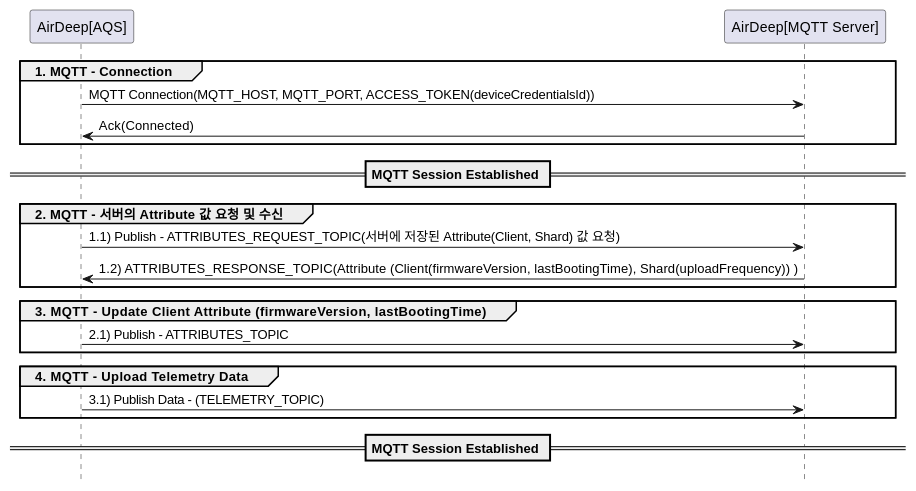
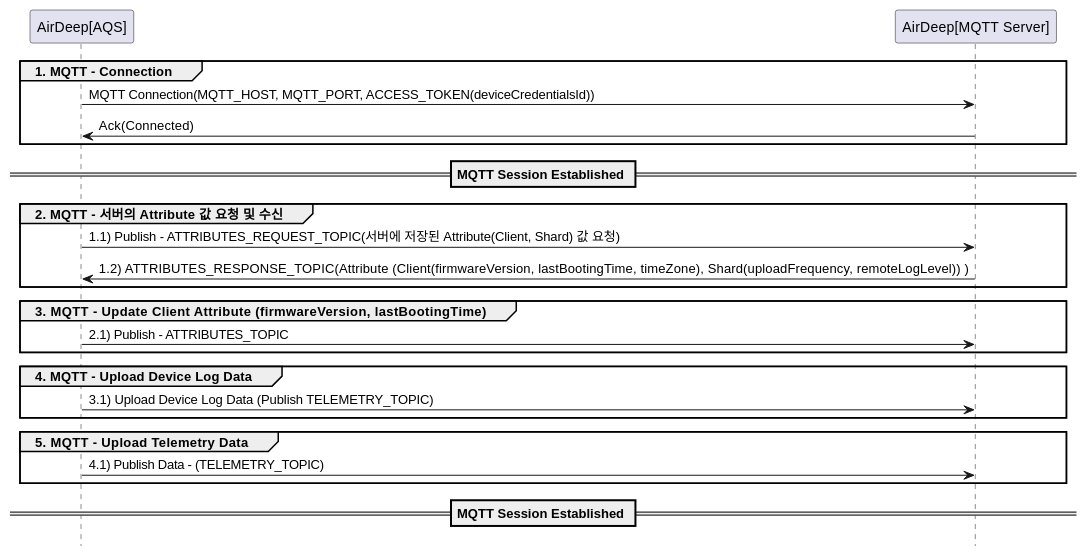
Before and after one commit to RTdataLab/DE-ADeep-API-Guide: the first of 3 diagrams in docs/MQTT-API-1.AttributeChangeCommand.md, drawn with PlantUML. The commit also changed other lines of this file and 7 other files, not shown here.

Commit message:
[update v0.3.5]  - 응답 TOPIC 통일화 TELEMETRY_TOPIC  - 응답 Json Key 변경  - Shard Attribute - remoteLogLevel 추가  - UploadTelemetryLogData.md 추가

````diff
--- a/docs/MQTT-API-1.AttributeChangeCommand.md
+++ b/docs/MQTT-API-1.AttributeChangeCommand.md
@@ -58,28 +59,32 @@
    ```plantuml
    @startuml
      participant "AirDeep[AQS]" order 1
      participant "AirDeep[MQTT Server]" order 2
      hide footbox
 
      group 1. MQTT - Connection
       "AirDeep[AQS]" -> "AirDeep[MQTT Server]" : MQTT Connection(MQTT_HOST, MQTT_PORT, ACCESS_TOKEN(deviceCredentialsId))
       "AirDeep[AQS]" <- "AirDeep[MQTT Server]"  : Ack(Connected)
      end
 
      == MQTT Session Established ==
      group 2. MQTT - 서버의 Attribute 값 요청 및 수신
      "AirDeep[AQS]" -> "AirDeep[MQTT Server]" : 1.1) Publish - ATTRIBUTES_REQUEST_TOPIC(서버에 저장된 Attribute(Client, Shard) 값 요청)
-     "AirDeep[AQS]" <- "AirDeep[MQTT Server]" : 1.2) ATTRIBUTES_RESPONSE_TOPIC(Attribute (Client(firmwareVersion, lastBootingTime), Shard(uploadFrequency)) )
+     "AirDeep[AQS]" <- "AirDeep[MQTT Server]" : 1.2) ATTRIBUTES_RESPONSE_TOPIC(Attribute (Client(firmwareVersion, lastBootingTime, timeZone), Shard(uploadFrequency, remoteLogLevel)) )
      end
 
      group 3. MQTT - Update Client Attribute (firmwareVersion, lastBootingTime)
      "AirDeep[AQS]" -> "AirDeep[MQTT Server]" : 2.1) Publish - ATTRIBUTES_TOPIC
      end
 
-     group 4. MQTT - Upload Telemetry Data
-       "AirDeep[AQS]" -> "AirDeep[MQTT Server]" : 3.1) Publish Data - (TELEMETRY_TOPIC) 
+     group 4. MQTT - Upload Device Log Data
+       "AirDeep[AQS]" -> "AirDeep[MQTT Server]" : 3.1) Upload Device Log Data (Publish TELEMETRY_TOPIC)
+     end
+
+     group 5. MQTT - Upload Telemetry Data
+       "AirDeep[AQS]" -> "AirDeep[MQTT Server]" : 4.1) Publish Data - (TELEMETRY_TOPIC) 
      end
      
      == MQTT Session Established ==
    @enduml
    ```
````
